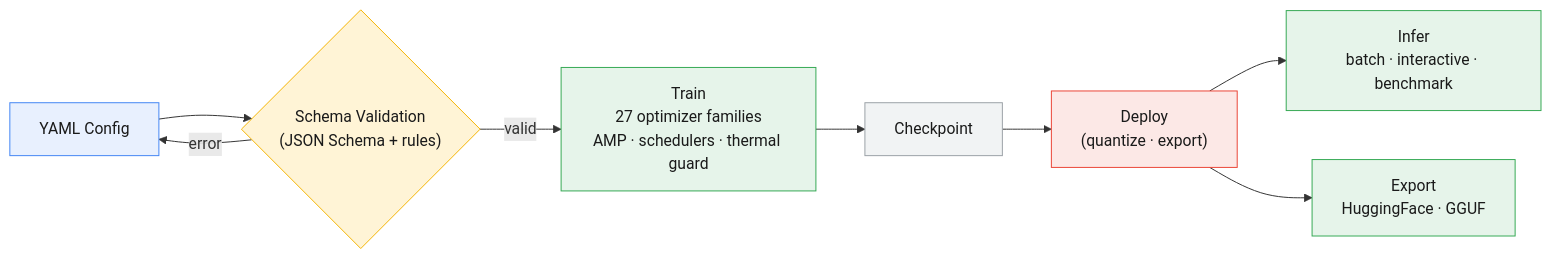
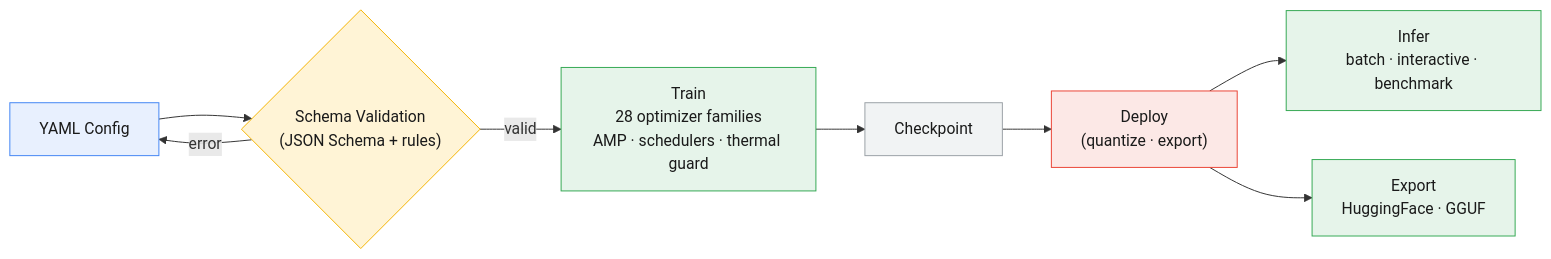
Before and after one commit to erickfmm/frankenstein-transformer: the first of 2 diagrams in README.md, drawn with Mermaid. The commit also changed other lines of this file and 21 other files, not shown here.

````diff
--- a/README.md
+++ b/README.md
@@ -24,18 +24,18 @@
 ```mermaid
 flowchart LR
     A["YAML Config"] --> B{"Schema Validation<br/>(JSON Schema + rules)"}
-    B -- valid --> C["Train<br/>27 optimizer families<br/>AMP · schedulers · thermal guard"]
+    B -- valid --> C["Train<br/>28 optimizer families<br/>AMP · schedulers · thermal guard"]
     B -- error --> A
     C --> D["Checkpoint"]
     D --> E["Deploy<br/>(quantize · export)"]
     E --> F["Infer<br/>batch · interactive · benchmark"]
     E --> G["Export<br/>HuggingFace · GGUF"]
 
     style A fill:#e8f0fe,stroke:#4285f4,color:#1a1a1a
     style B fill:#fff4d6,stroke:#f4b400,color:#1a1a1a
     style C fill:#e6f4ea,stroke:#34a853,color:#1a1a1a
     style D fill:#f1f3f4,stroke:#9aa0a6,color:#1a1a1a
     style E fill:#fce8e6,stroke:#ea4335,color:#1a1a1a
     style F fill:#e6f4ea,stroke:#34a853,color:#1a1a1a
     style G fill:#e6f4ea,stroke:#34a853,color:#1a1a1a
 ```
````
